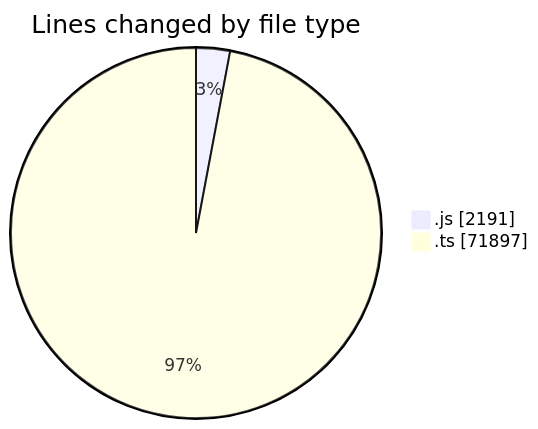
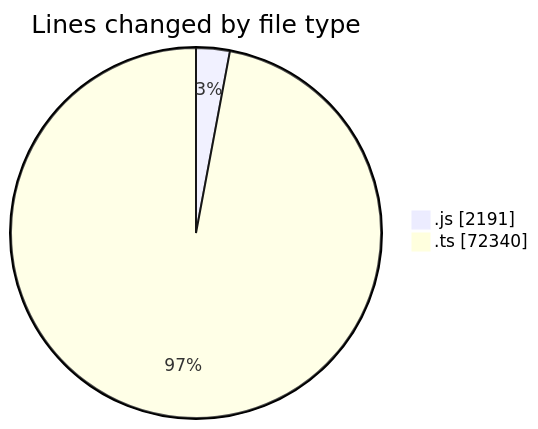
One commit to momahboobian/code-tracking changed the first of 2 diagrams in 2025-06-19/cda/README.md. Above: the diagram before and after it, drawn with Mermaid. The commit also changed other lines of this file and 1 other file, not shown here.

````diff
--- a/2025-06-19/cda/README.md
+++ b/2025-06-19/cda/README.md
@@ -38,6 +39,6 @@
 ```mermaid
 pie showData
 title Lines changed by file type
 ".js" : 2191
-".ts" : 71897
+".ts" : 72340
 ```
````
